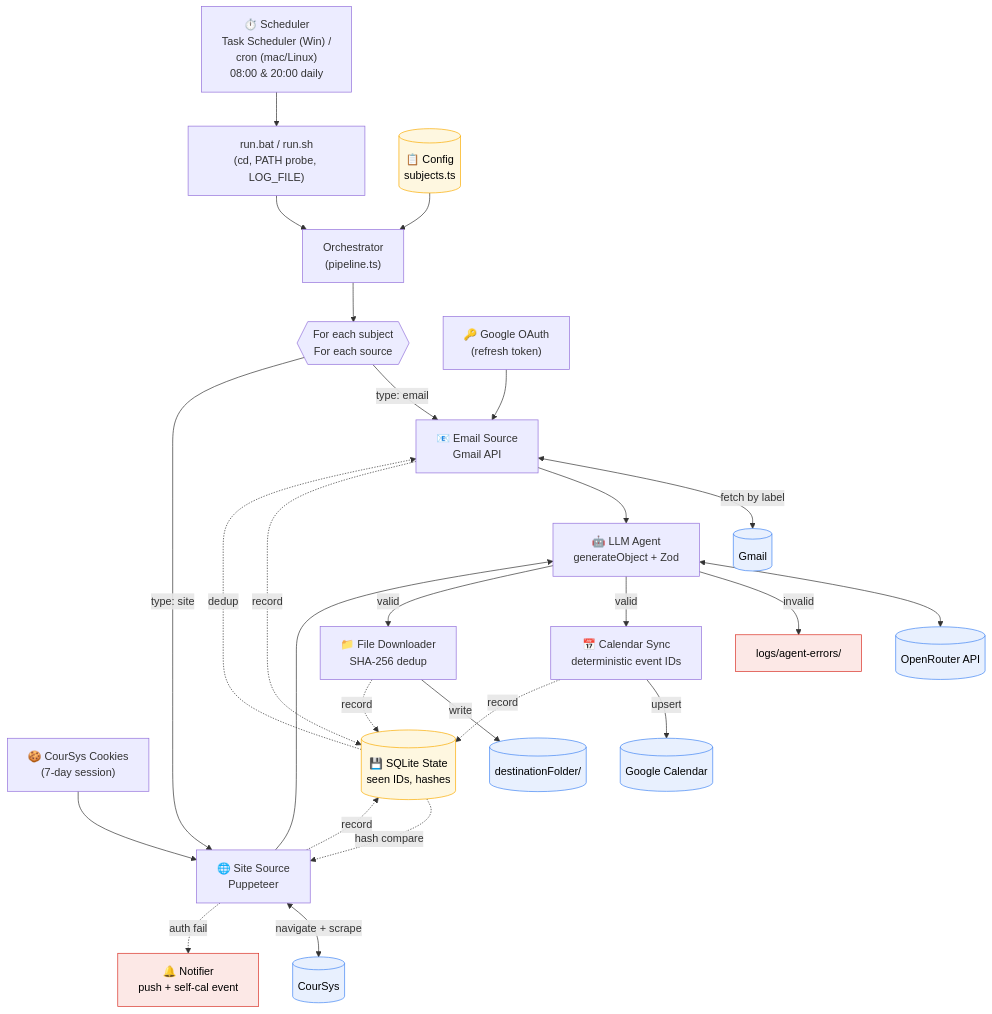
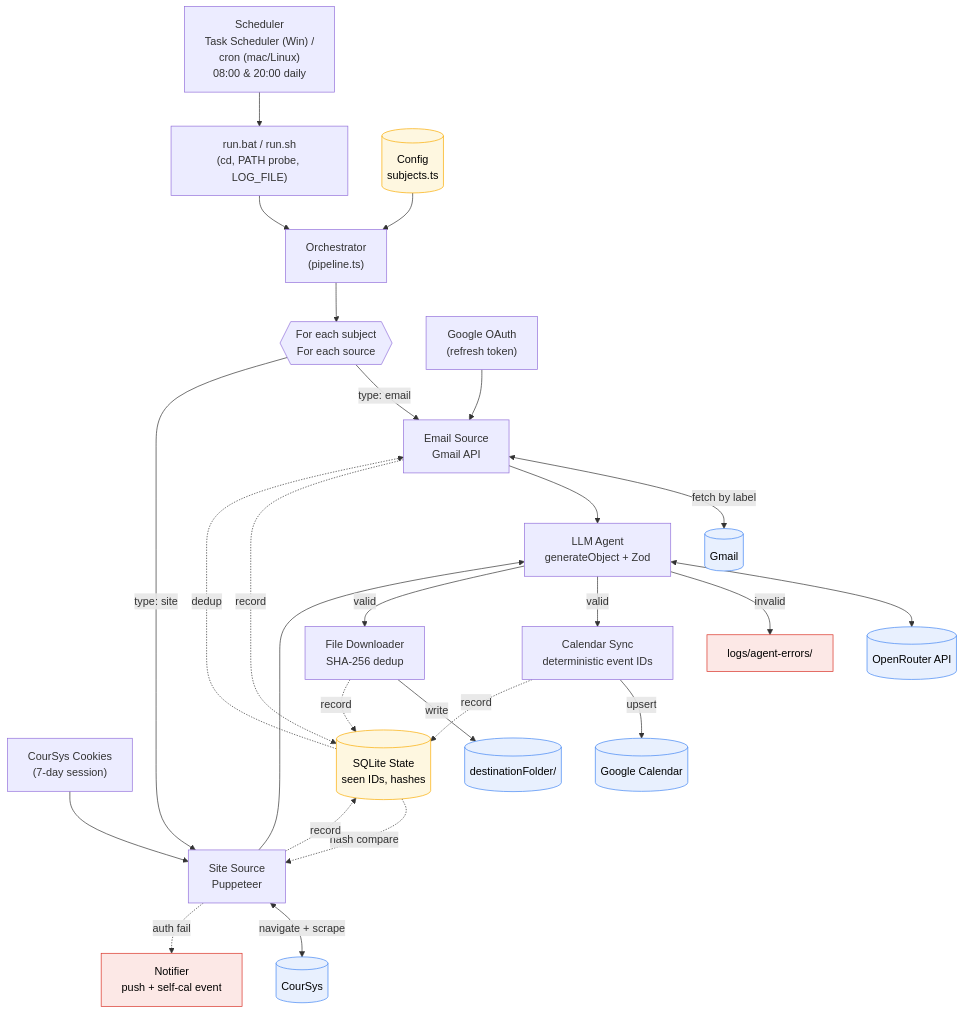
Before and after one commit to maximenewman/auto-schedule: the diagram in docs/auto-schedule-architecture.md, drawn with Mermaid. The commit also changed other lines of this file and 34 other files, not shown here.

Commit message:
fix: dedup now part of sync loop, use of agent instead of regex to provide more accurate results

````diff
--- a/docs/auto-schedule-architecture.md
+++ b/docs/auto-schedule-architecture.md
@@ -8,47 +8,47 @@
 ```mermaid
 flowchart TB
-    Cron["⏱️ Scheduler<br/>Task Scheduler (Win) /<br/>cron (mac/Linux)<br/>08:00 & 20:00 daily"] --> Wrap["run.bat / run.sh<br/>(cd, PATH probe, LOG_FILE)"]
+    Cron["Scheduler<br/>Task Scheduler (Win) /<br/>cron (mac/Linux)<br/>08:00 & 20:00 daily"] --> Wrap["run.bat / run.sh<br/>(cd, PATH probe, LOG_FILE)"]
     Wrap --> Orch["Orchestrator<br/>(pipeline.ts)"]
-    Cfg[("📋 Config<br/>subjects.ts")] --> Orch
+    Cfg[("Config<br/>subjects.ts")] --> Orch
 
     Orch --> Loop{{"For each subject<br/>For each source"}}
 
-    Loop -->|type: email| Email["📧 Email Source<br/>Gmail API"]
-    Loop -->|type: site| Site["🌐 Site Source<br/>Puppeteer"]
+    Loop -->|type: email| Email["Email Source<br/>Gmail API"]
+    Loop -->|type: site| Site["Site Source<br/>Puppeteer"]
 
-    GAuth["🔑 Google OAuth<br/>(refresh token)"] --> Email
-    CAuth["🍪 CourSys Cookies<br/>(7-day session)"] --> Site
+    GAuth["Google OAuth<br/>(refresh token)"] --> Email
+    CAuth["CourSys Cookies<br/>(7-day session)"] --> Site
 
     Email <-->|fetch by label| GMail[("Gmail")]
     Site <-->|navigate + scrape| CourSys[("CourSys")]
 
-    Site -.->|auth fail| Notify["🔔 Notifier<br/>push + self-cal event"]
+    Site -.->|auth fail| Notify["Notifier<br/>push + self-cal event"]
 
-    DB[("💾 SQLite State<br/>seen IDs, hashes")]
+    DB[("SQLite State<br/>seen IDs, hashes")]
     DB -.->|dedup| Email
     DB -.->|hash compare| Site
 
-    Email --> Agent["🤖 LLM Agent<br/>generateObject + Zod"]
+    Email --> Agent["LLM Agent<br/>generateObject + Zod"]
     Site --> Agent
 
     Agent <--> OR[("OpenRouter API")]
 
     Agent -->|invalid| ErrLog["logs/agent-errors/"]
-    Agent -->|valid| CalSync["📅 Calendar Sync<br/>deterministic event IDs"]
-    Agent -->|valid| Files["📁 File Downloader<br/>SHA-256 dedup"]
+    Agent -->|valid| CalSync["Calendar Sync<br/>deterministic event IDs"]
+    Agent -->|valid| Files["File Downloader<br/>SHA-256 dedup"]
 
     CalSync -->|upsert| GCal[("Google Calendar")]
     Files -->|write| FS[("destinationFolder/")]
 
     CalSync -.record.-> DB
     Files -.record.-> DB
     Email -.record.-> DB
     Site -.record.-> DB
 
     classDef external fill:#e8f0fe,stroke:#4285f4,color:#000
     classDef store fill:#fef7e0,stroke:#f9ab00,color:#000
     classDef fail fill:#fce8e6,stroke:#d93025,color:#000
     class GMail,CourSys,GCal,FS,OR external
     class DB,Cfg store
     class Notify,ErrLog fail
 ```
````
